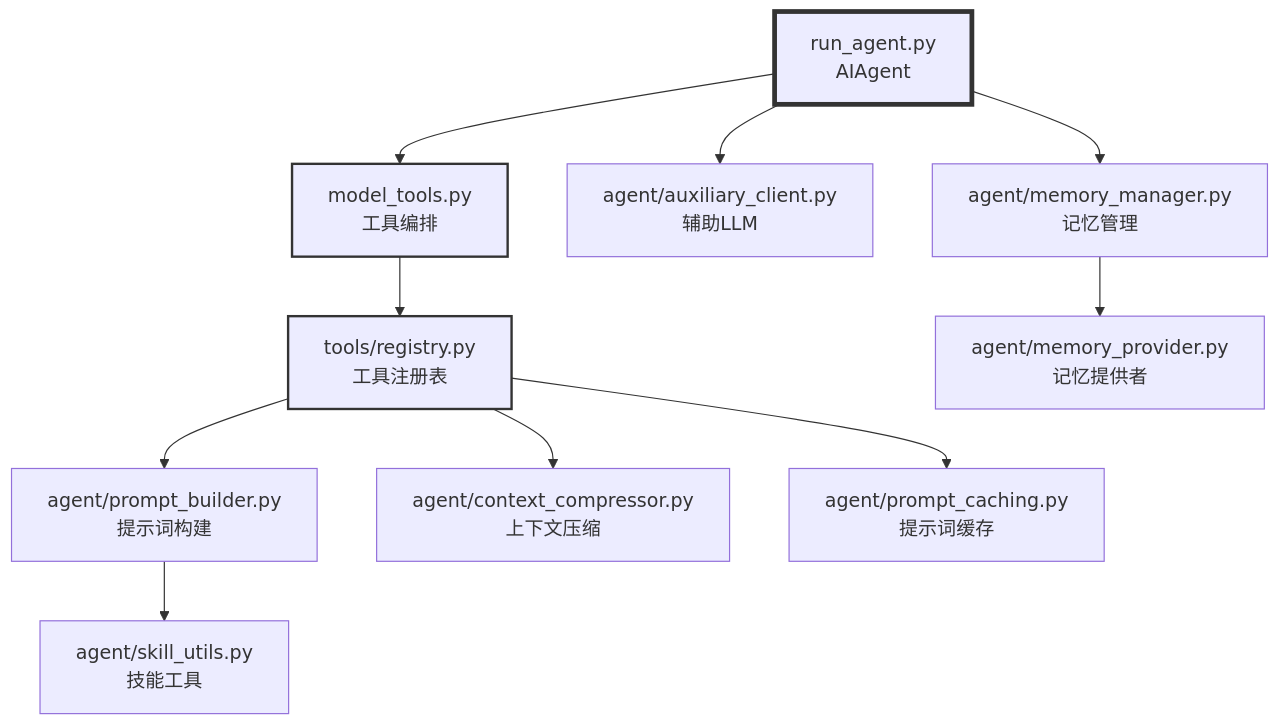
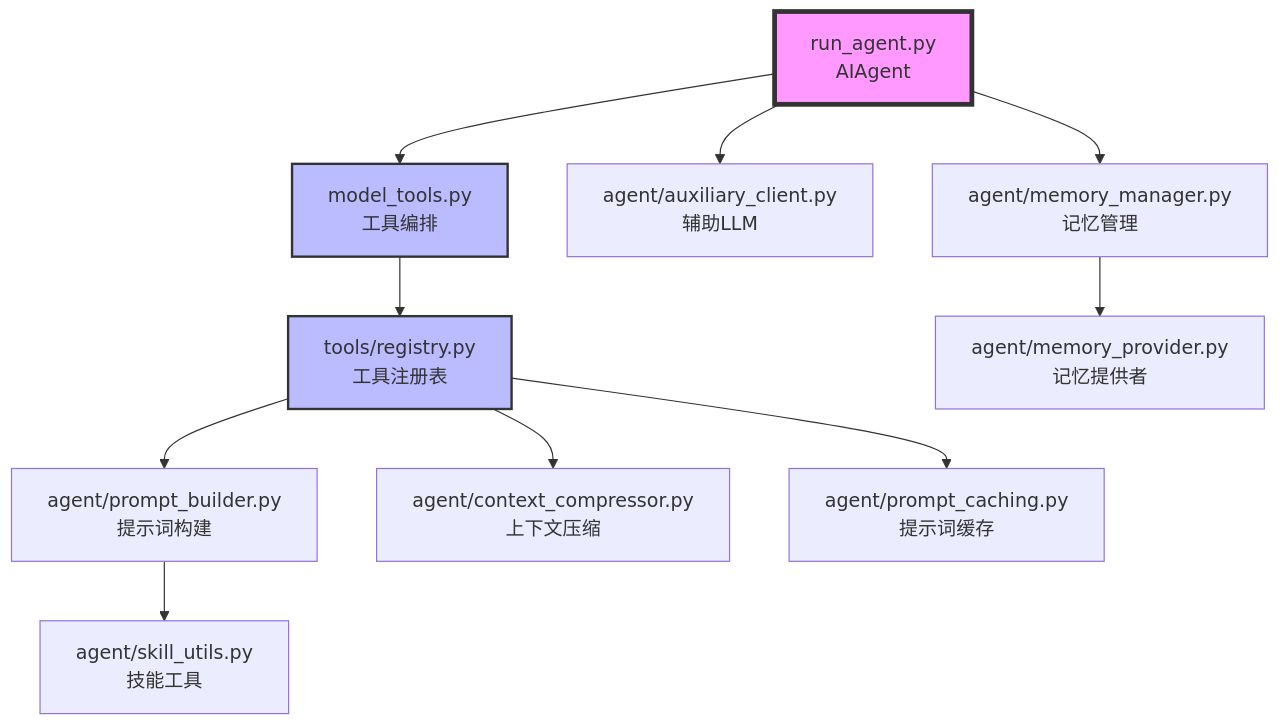
Before and after one commit to wenyuexin/MachineLearning: the ninth of 9 diagrams in agent/08-projects/hermes-agent/2. 核心引擎与实现.md, drawn with Mermaid. The commit also changed 10 other files, not shown here.

````diff
--- a/agent/08-projects/hermes-agent/2. 核心引擎与实现.md
+++ b/agent/08-projects/hermes-agent/2. 核心引擎与实现.md
@@ -727,17 +727,17 @@
 ```mermaid
 graph TD
     A[run_agent.py<br/>AIAgent] --> B[model_tools.py<br/>工具编排]
     B --> C[tools/registry.py<br/>工具注册表]
     C --> D[agent/prompt_builder.py<br/>提示词构建]
     C --> E[agent/context_compressor.py<br/>上下文压缩]
     C --> F[agent/prompt_caching.py<br/>提示词缓存]
     A --> G[agent/auxiliary_client.py<br/>辅助LLM]
     A --> H[agent/memory_manager.py<br/>记忆管理]
 
     D --> I[agent/skill_utils.py<br/>技能工具]
     H --> J[agent/memory_provider.py<br/>记忆提供者]
 
-    style A stroke:#333,stroke-width:4px
-    style B stroke:#333,stroke-width:2px
-    style C stroke:#333,stroke-width:2px
+    style A fill:#f9f,stroke:#333,stroke-width:4px
+    style B fill:#bbf,stroke:#333,stroke-width:2px
+    style C fill:#bbf,stroke:#333,stroke-width:2px
 ```
````
